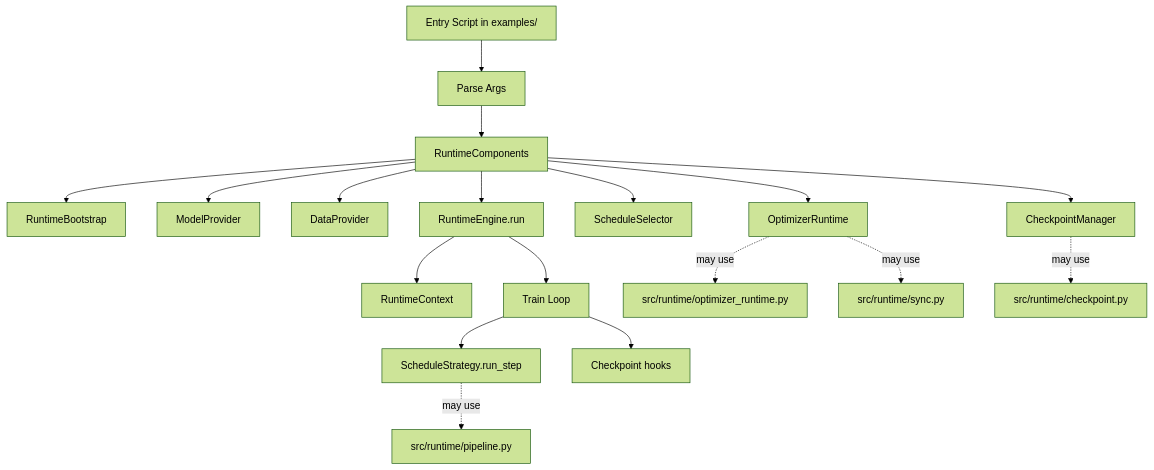
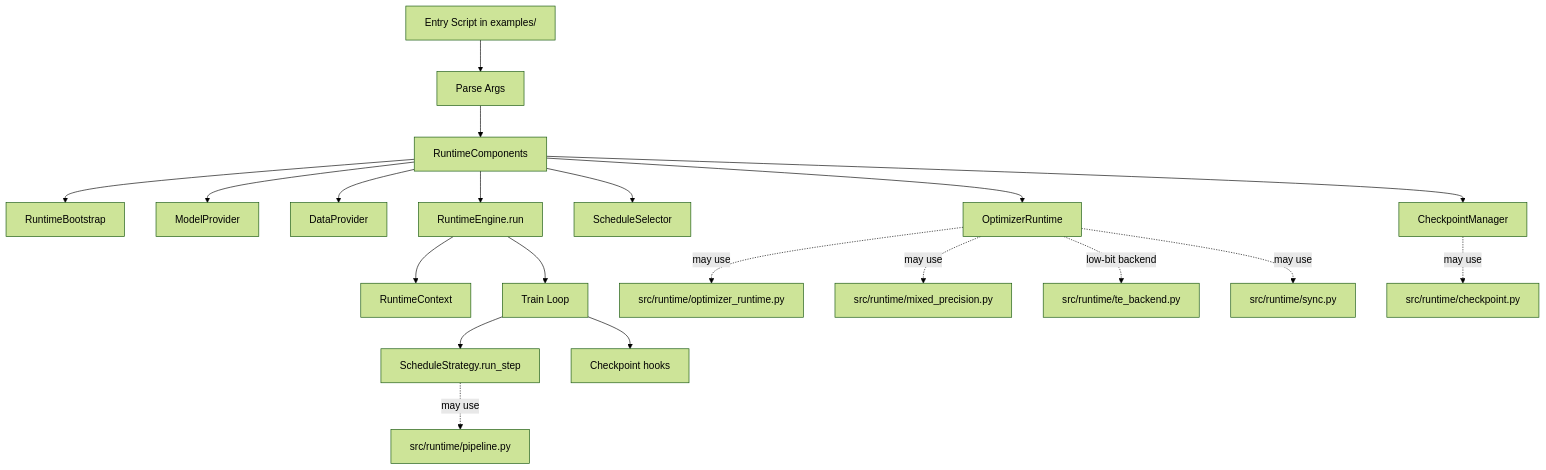
One commit to lastweek/nano-train changed the diagram in docs/runtime_core_design.md. Above: the diagram before and after it, drawn with Mermaid (forest theme). The commit also changed other lines of this file and 58 other files, not shown here.

````diff
--- a/docs/runtime_core_design.md
+++ b/docs/runtime_core_design.md
@@ -57,22 +59,24 @@
 ```mermaid
 flowchart TD
     A[Entry Script in examples/] --> B[Parse Args]
     B --> C[RuntimeComponents]
     C --> C1[RuntimeBootstrap]
     C --> C2[ModelProvider]
     C --> C3[DataProvider]
     C --> C4[OptimizerRuntime]
     C --> C5[ScheduleSelector]
     C --> C6[CheckpointManager]
 
     C --> D[RuntimeEngine.run]
     D --> E[RuntimeContext]
     D --> F[Train Loop]
     F --> G[ScheduleStrategy.run_step]
     F --> H[Checkpoint hooks]
 
     G -. may use .-> P[src/runtime/pipeline.py]
     C4 -. may use .-> O[src/runtime/optimizer_runtime.py]
+    C4 -. may use .-> MP[src/runtime/mixed_precision.py]
+    C4 -. low-bit backend .-> TE[src/runtime/te_backend.py]
     C4 -. may use .-> S[src/runtime/sync.py]
     C6 -. may use .-> K[src/runtime/checkpoint.py]
 ```
````
